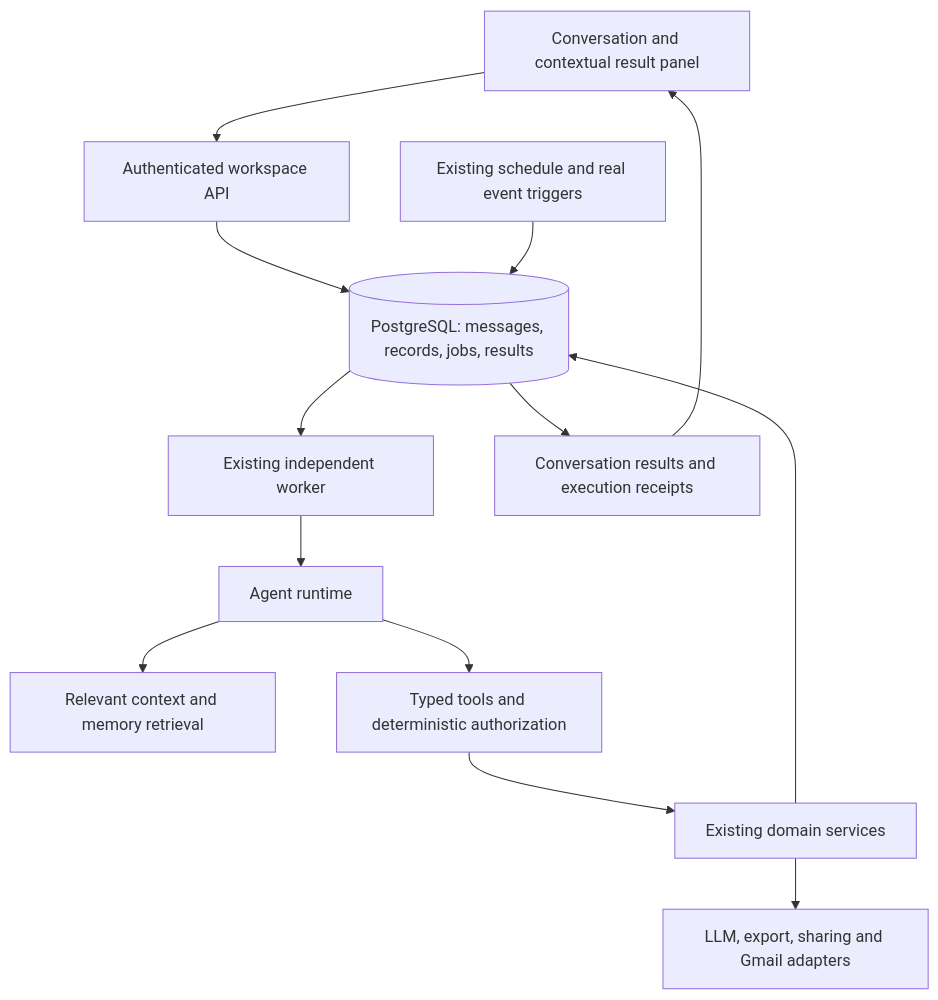
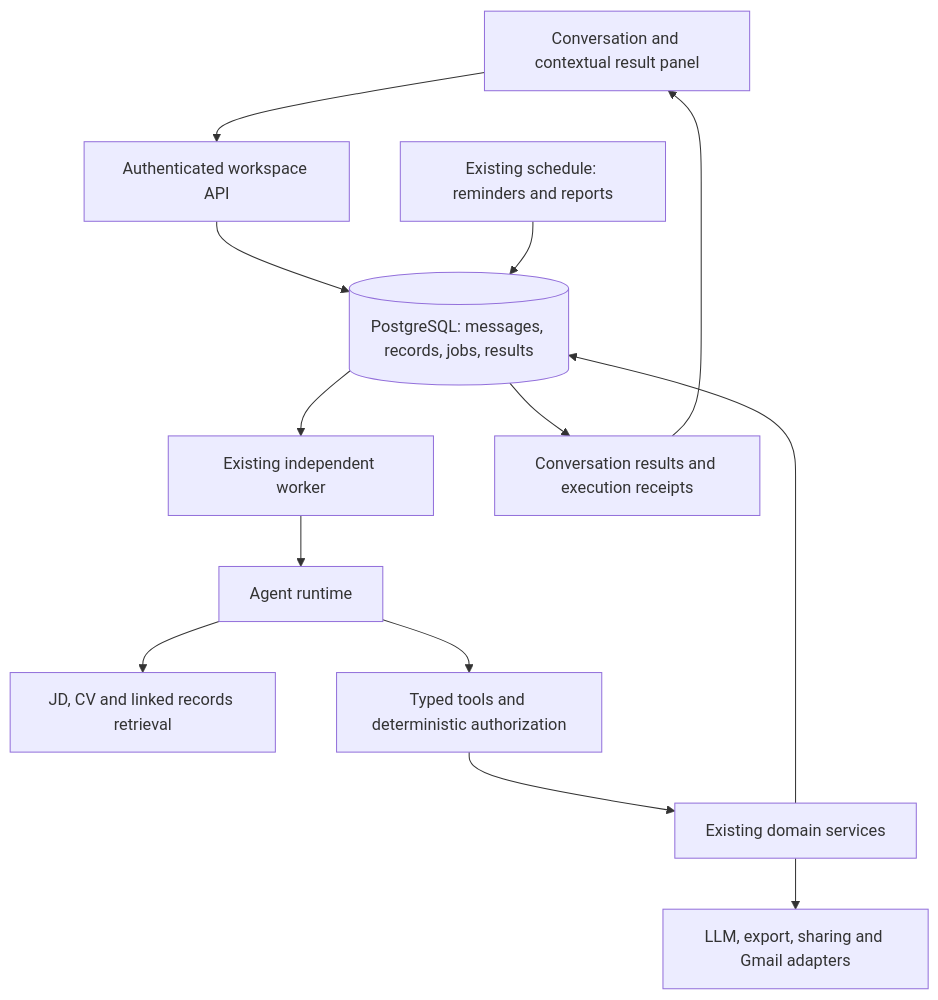
One commit to JiangZhihao123/hirelix changed the diagram in docs/product/personal-agent-architecture-and-interaction.md. Above: the diagram before and after it, drawn with Mermaid. The commit also changed other lines of this file and 4 other files, not shown here.

````diff
--- a/docs/product/personal-agent-architecture-and-interaction.md
+++ b/docs/product/personal-agent-architecture-and-interaction.md
@@ -150,15 +154,15 @@
 ```mermaid
 flowchart TD
     UI[Conversation and contextual result panel] --> API[Authenticated workspace API]
     API --> DB[(PostgreSQL: messages, records, jobs, results)]
     DB --> W[Existing independent worker]
     W --> A[Agent runtime]
-    A --> C[Relevant context and memory retrieval]
+    A --> C[JD, CV and linked records retrieval]
     A --> T[Typed tools and deterministic authorization]
     T --> D[Existing domain services]
     D --> DB
     D --> X[LLM, export, sharing and Gmail adapters]
-    S[Existing schedule and real event triggers] --> DB
+    S[Existing schedule: reminders and reports] --> DB
     DB --> R[Conversation results and execution receipts]
     R --> UI
 ```
````
